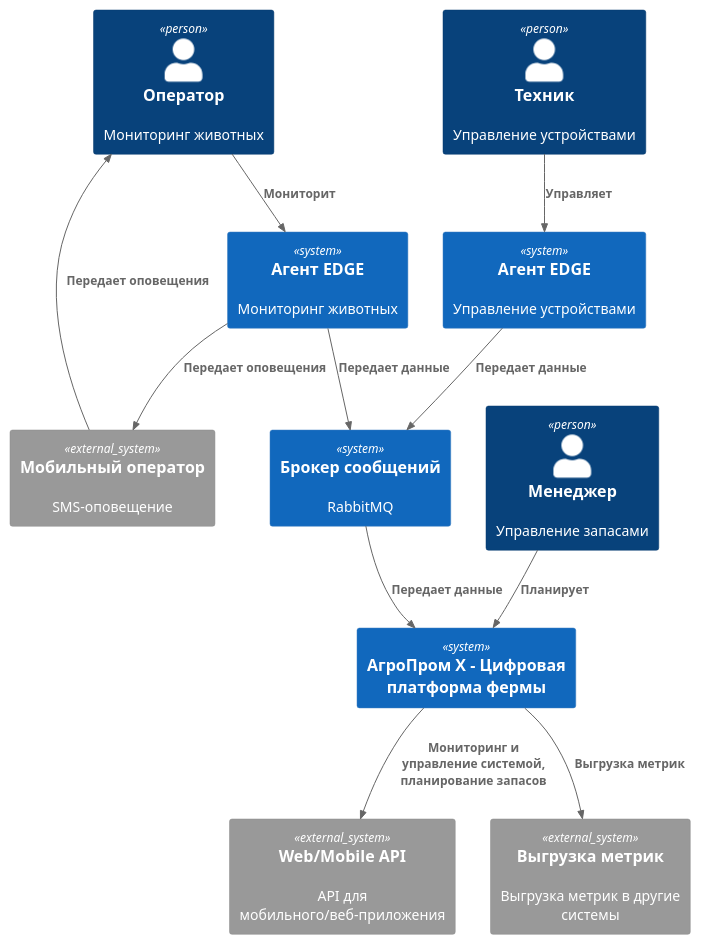
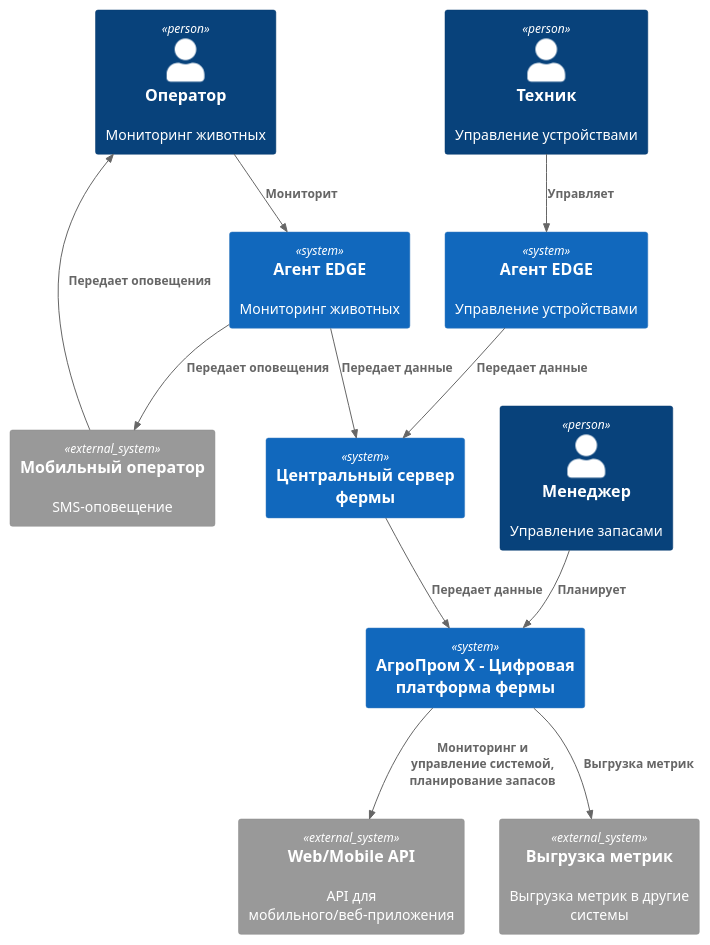
The diagram in Task1/С1_Диаграмма_контеста_v1.puml (sgbhub/MSA-AgroTech), drawn with PlantUML before and after one commit. The commit also changed 16 other files, not shown here.

```diff
--- a/Task1/С1_Диаграмма_контеста_v1.puml
+++ b/Task1/С1_Диаграмма_контеста_v1.puml
@@ -1,35 +1,35 @@
-@startuml Архитектура_АгроТех_Фермы_v1.0
+@startuml Архитектура_АгроТех_Фермы_v1.1
 
 !include ../C4/C4_Context.puml
 
 ' === Участники ===
 Person(оператор, "Оператор", "Мониторинг животных")
 Person(техник, "Техник", "Управление устройствами")
 Person(менеджер, "Менеджер", "Управление запасами")
 
 System(устройства, "Агент EDGE", "Управление устройствами")
 System(мониторинг, "Агент EDGE", "Мониторинг животных") 
-System(брокер, "Брокер сообщений", "RabbitMQ") 
+System(сервер, "Центральный сервер фермы") 
 System(платформа, "АгроПром Х - Цифровая платформа фермы") 
 
 System_Ext(опсос, "Мобильный оператор", "SMS-оповещение")
 System_Ext(web_api, "Web/Mobile API", "API для мобильного/веб-приложения")
 System_Ext(data_api, "Выгрузка метрик", "Выгрузка метрик в другие системы")
 
 ' === Взаимосвязи ===
 Rel(оператор, мониторинг, "Мониторит")
 Rel(техник, устройства, "Управляет")
 Rel(менеджер, платформа, "Планирует")
 
-Rel(устройства, брокер, "Передает данные")
-Rel(мониторинг, брокер, "Передает данные")
+Rel(устройства, сервер, "Передает данные")
+Rel(мониторинг, сервер, "Передает данные")
 
 Rel(мониторинг, опсос, "Передает оповещения")
 Rel(опсос, оператор, "Передает оповещения")
 
-Rel(брокер, платформа, "Передает данные")
+Rel(сервер, платформа, "Передает данные")
 
 Rel(платформа, web_api, "Мониторинг и управление системой, планирование запасов")
 Rel(платформа,data_api, "Выгрузка метрик")
 
 @enduml
```
